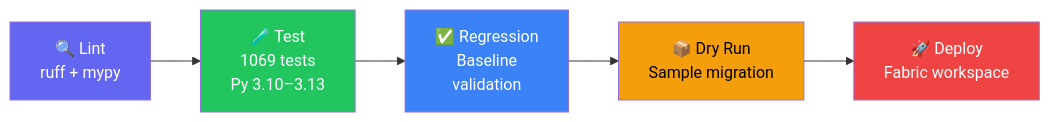
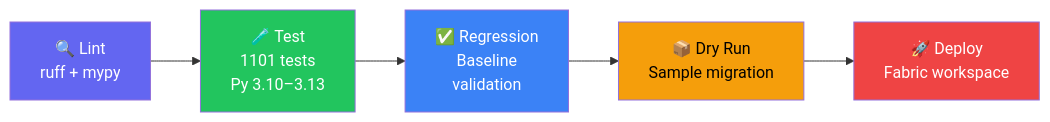
One commit to cyphou/SSIStoFabric changed the second of 2 diagrams in README.md. Above: the diagram before and after it, drawn with Mermaid. The commit also changed other lines of this file and 7 other files, not shown here.

````diff
--- a/README.md
+++ b/README.md
@@ -634,13 +634,13 @@
 ```mermaid
 flowchart LR
-    L["🔍 Lint\nruff + mypy"] --> T["🧪 Test\n1069 tests\nPy 3.10–3.13"]
+    L["🔍 Lint\nruff + mypy"] --> T["🧪 Test\n1101 tests\nPy 3.10–3.13"]
     T --> R["✅ Regression\nBaseline\nvalidation"]
     R --> D["📦 Dry Run\nSample migration"]
     D --> P["🚀 Deploy\nFabric workspace"]
     
     style L fill:#6366f1,color:#fff
     style T fill:#22c55e,color:#fff
     style R fill:#3b82f6,color:#fff
     style D fill:#f59e0b,color:#000
     style P fill:#ef4444,color:#fff
 ```
````
